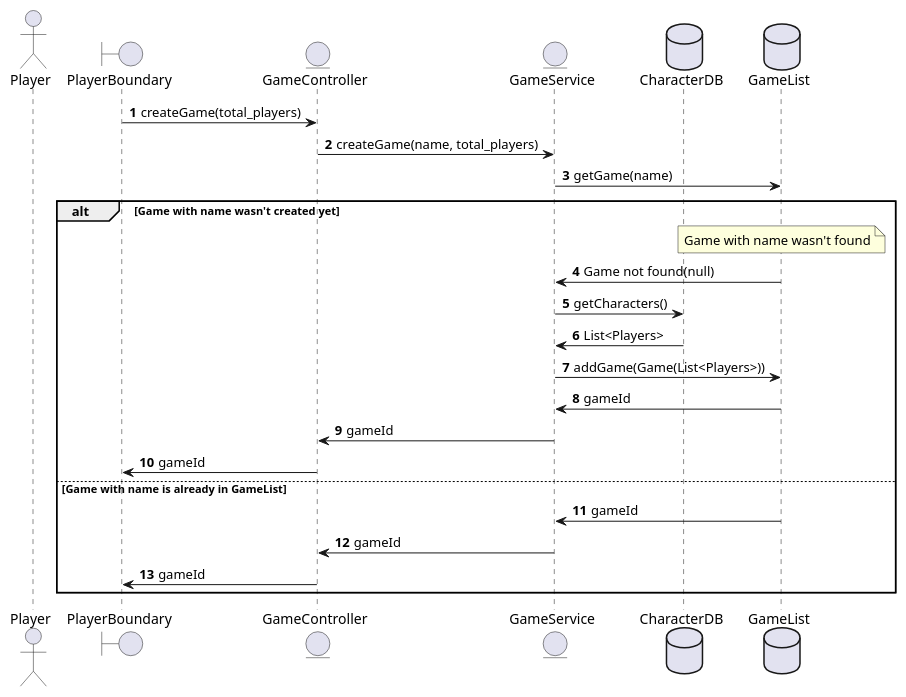
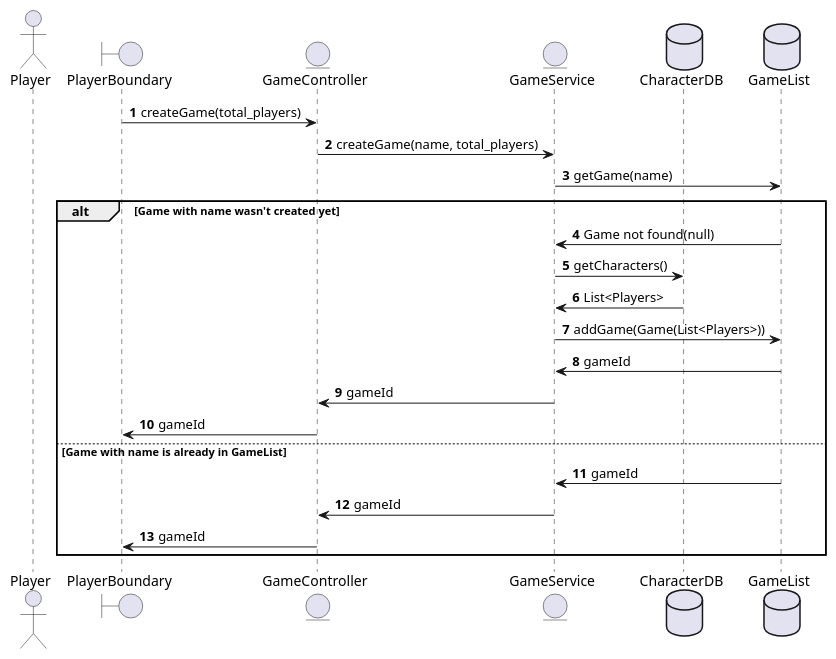
The diagram in clue-less-backend/create_game.puml (gurmsc5/Clue-Less), drawn with PlantUML before and after one commit. The commit also changed 4 other files, not shown here.

Commit message:
18 - Added suggestion action seq diagram

```diff
--- a/clue-less-backend/create_game.puml
+++ b/clue-less-backend/create_game.puml
@@ -1,29 +1,28 @@
 @startuml
 actor Player
 boundary PlayerBoundary
 autonumber
 entity GameController
 entity GameService
 
 PlayerBoundary -> GameController: createGame(total_players)
 GameController -> GameService: createGame(name, total_players)
 database CharacterDB
 database GameList
 GameService -> GameList: getGame(name)
 
 alt Game with name wasn't created yet
-    note over GameList: Game with name wasn't found
     GameList -> GameService: Game not found(null)
     GameService -> CharacterDB: getCharacters()
     CharacterDB -> GameService: List<Players>
     GameService -> GameList: addGame(Game(List<Players>))
     GameList -> GameService: gameId
     GameService -> GameController: gameId
     GameController -> PlayerBoundary: gameId
 
 else Game with name is already in GameList
     GameList -> GameService: gameId
     GameService -> GameController: gameId
     GameController -> PlayerBoundary: gameId
 end
 @enduml
```
